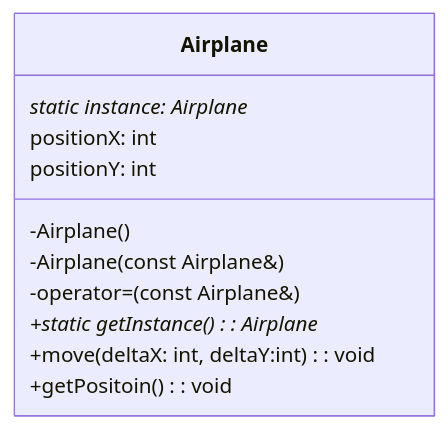
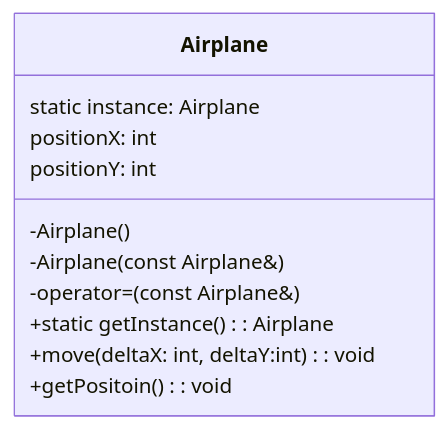
One commit to gemini9764/obsidian_remote changed the first of 3 diagrams in Spaces/Unreal Engine/스파르타/디자인 패턴.md. Above: the diagram before and after it, drawn with Mermaid. The commit also changed other lines of this file and 5 other files, not shown here.

````diff
--- a/Spaces/Unreal Engine/스파르타/디자인 패턴.md
+++ b/Spaces/Unreal Engine/스파르타/디자인 패턴.md
@@ -28,14 +28,14 @@
 ```mermaid
 classDiagram
 class Airplane{
-static instance: Airplane*
+static instance: Airplane
 positionX: int
 positionY: int
 -Airplane()
 -Airplane(const Airplane&)
 -operator=(const Airplane&)
-+static getInstance(): Airplane*
++static getInstance(): Airplane
 +move(deltaX: int, deltaY:int): void
 +getPositoin(): void
 }
 ```
````
